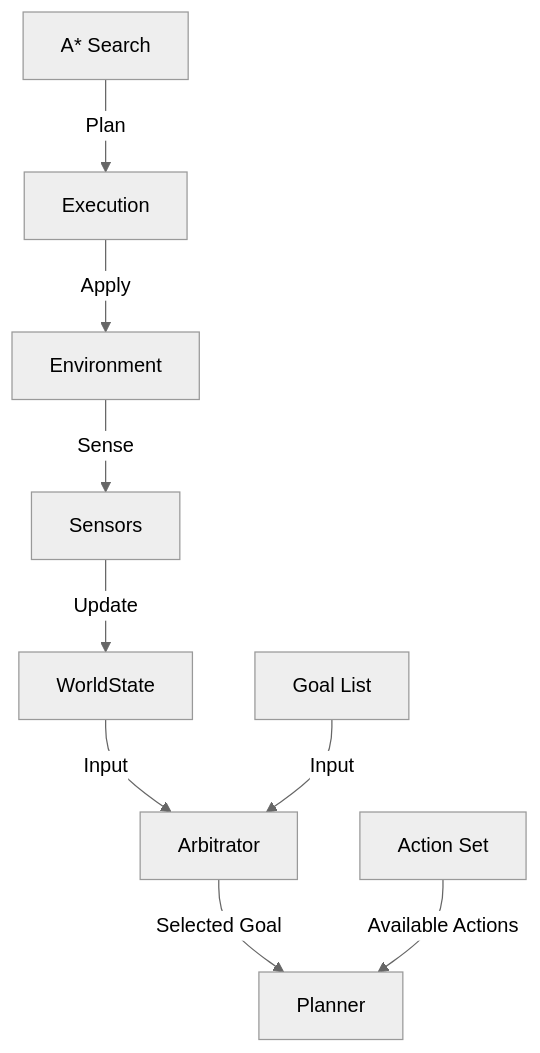
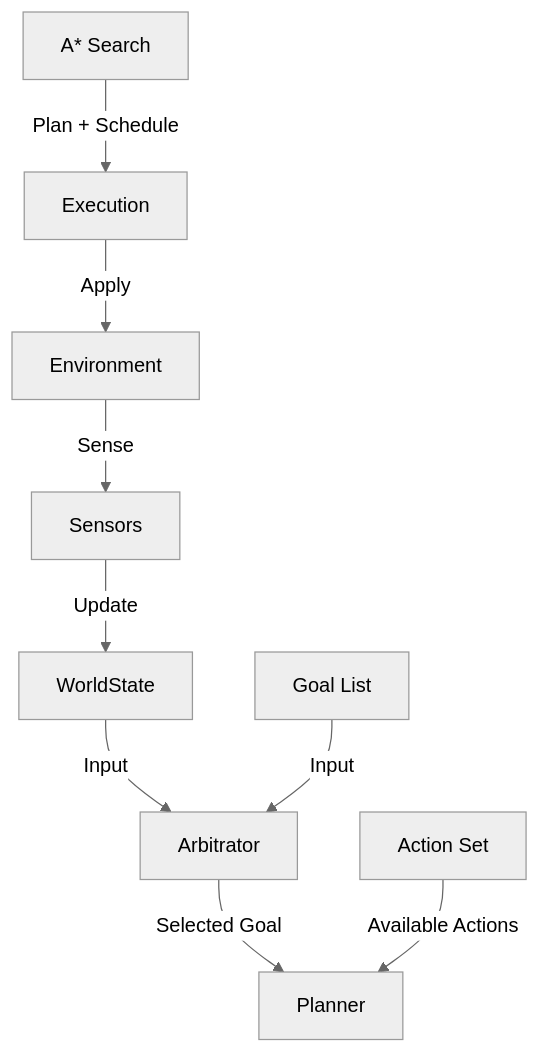
One commit to IAmNo1Special/goapauto changed the diagram in docs/user_guide/core_concepts.md. Above: the diagram before and after it, drawn with Mermaid (neutral theme). The commit also changed other lines of this file and 6 other files, not shown here.

````diff
--- a/docs/user_guide/core_concepts.md
+++ b/docs/user_guide/core_concepts.md
@@ -32,11 +64,11 @@
 ```mermaid
 graph TD
     Env[Environment] -->|Sense| Sensors
     Sensors -->|Update| State[WorldState]
     State -->|Input| Arbitrator
     Goals[Goal List] -->|Input| Arbitrator
     Arbitrator -->|Selected Goal| Planner
     Actions[Action Set] -->|Available Actions| Planner
-    Planning[A* Search] -->|Plan| Execution
+    Planning[A* Search] -->|Plan + Schedule| Execution
     Execution -->|Apply| Env
 ```
````
